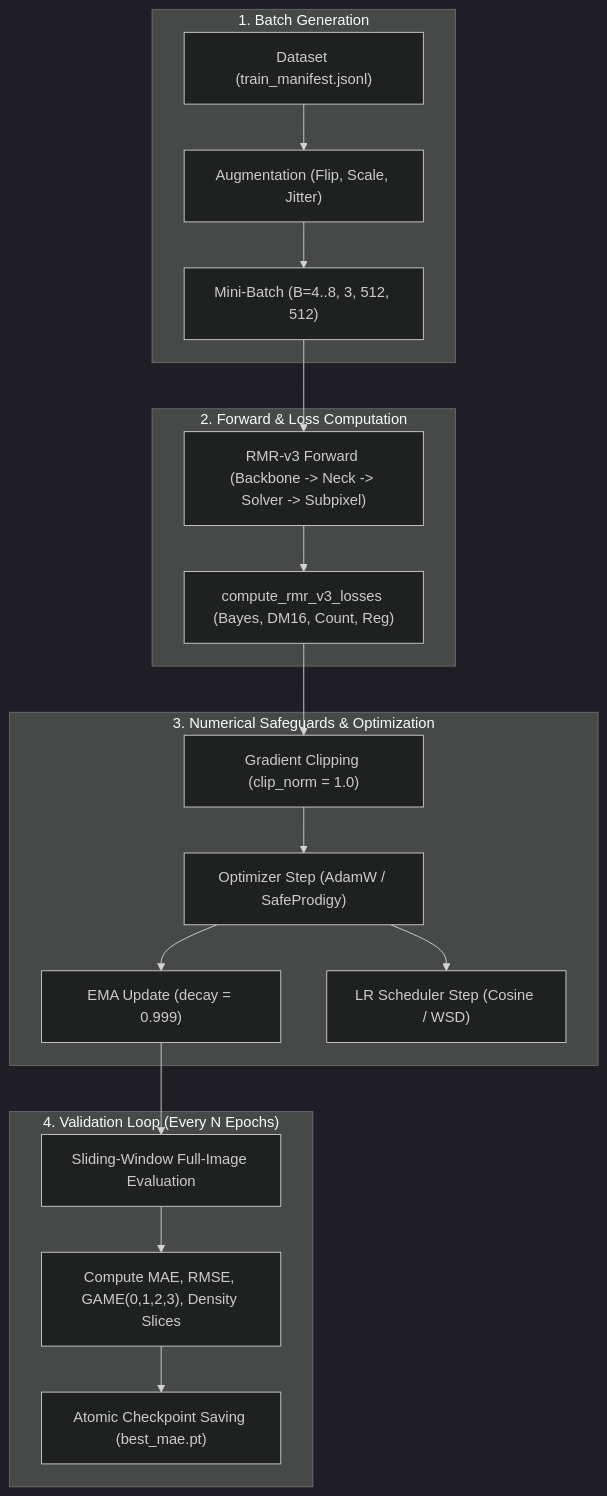
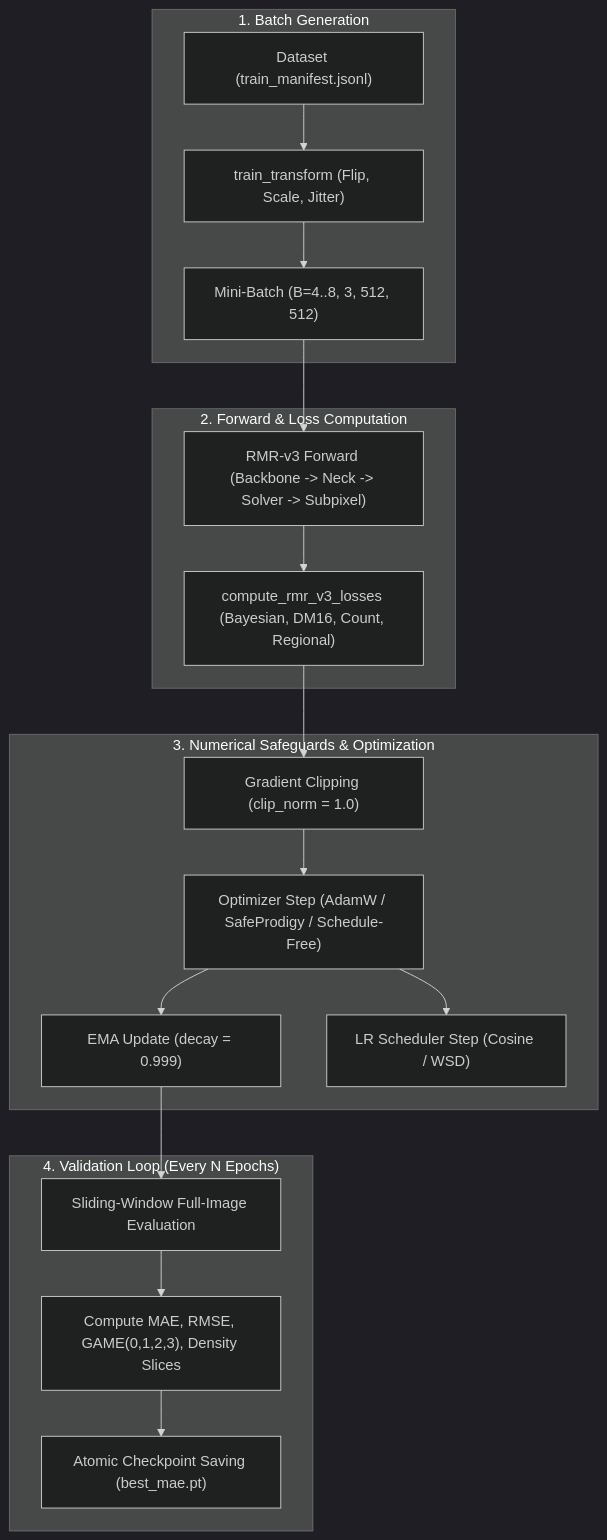
Before and after one commit to minhphuc477/crowd-counting-lightweight: the diagram in docs/code_explanation/04_data_pipeline_and_training_engine.md, drawn with Mermaid (dark theme). The commit also changed other lines of this file and 8 other files, not shown here.

````diff
--- a/docs/code_explanation/04_data_pipeline_and_training_engine.md
+++ b/docs/code_explanation/04_data_pipeline_and_training_engine.md
@@ -29,25 +57,25 @@
 ```mermaid
 flowchart TD
     subgraph DataBatch ["1. Batch Generation"]
-        RAW["Dataset (train_manifest.jsonl)"] --> AUG["Augmentation (Flip, Scale, Jitter)"]
+        RAW["Dataset (train_manifest.jsonl)"] --> AUG["train_transform (Flip, Scale, Jitter)"]
         AUG --> BATCH["Mini-Batch (B=4..8, 3, 512, 512)"]
     end
 
     subgraph Step ["2. Forward & Loss Computation"]
         BATCH --> MODEL["RMR-v3 Forward (Backbone -> Neck -> Solver -> Subpixel)"]
-        MODEL --> LOSS["compute_rmr_v3_losses (Bayes, DM16, Count, Reg)"]
+        MODEL --> LOSS["compute_rmr_v3_losses (Bayesian, DM16, Count, Regional)"]
     end
 
     subgraph Backward ["3. Numerical Safeguards & Optimization"]
         LOSS --> CLIP["Gradient Clipping (clip_norm = 1.0)"]
-        CLIP --> OPT["Optimizer Step (AdamW / SafeProdigy)"]
+        CLIP --> OPT["Optimizer Step (AdamW / SafeProdigy / Schedule-Free)"]
         OPT --> EMA["EMA Update (decay = 0.999)"]
         OPT --> SCHED["LR Scheduler Step (Cosine / WSD)"]
     end
 
     subgraph Val ["4. Validation Loop (Every N Epochs)"]
         EMA --> EVAL["Sliding-Window Full-Image Evaluation"]
         EVAL --> METRICS["Compute MAE, RMSE, GAME(0,1,2,3), Density Slices"]
         METRICS --> CKPT["Atomic Checkpoint Saving (best_mae.pt)"]
     end
 ```
````
